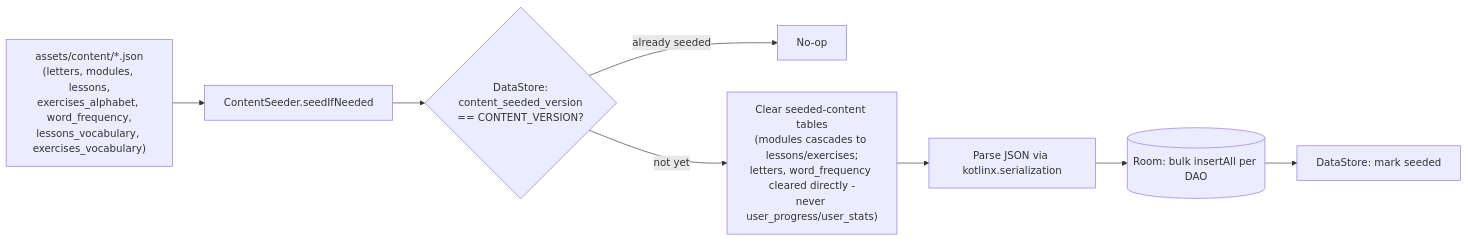
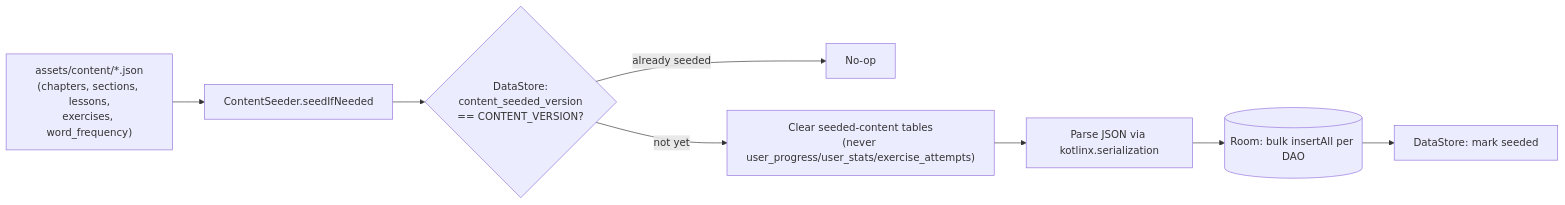
Before and after one commit to deanybytes/QuranicWords: the second of 2 diagrams in docs/DATA_MODEL.md, drawn with Mermaid. The commit also changed other lines of this file and 44 other files, not shown here.

````diff
--- a/docs/DATA_MODEL.md
+++ b/docs/DATA_MODEL.md
@@ -70,10 +78,10 @@
 ```mermaid
 flowchart LR
-    A["assets/content/*.json<br/>(letters, modules, lessons,<br/>exercises_alphabet, word_frequency,<br/>lessons_vocabulary, exercises_vocabulary)"] --> B[ContentSeeder.seedIfNeeded]
+    A["assets/content/*.json<br/>(chapters, sections, lessons,<br/>exercises, word_frequency)"] --> B[ContentSeeder.seedIfNeeded]
     B --> C{DataStore:<br/>content_seeded_version<br/>== CONTENT_VERSION?}
     C -->|already seeded| Z[No-op]
-    C -->|not yet| D0["Clear seeded-content tables<br/>(modules cascades to lessons/exercises;<br/>letters, word_frequency cleared directly -<br/>never user_progress/user_stats)"]
+    C -->|not yet| D0["Clear seeded-content tables<br/>(never user_progress/user_stats/exercise_attempts)"]
     D0 --> D[Parse JSON via kotlinx.serialization]
     D --> E[(Room: bulk insertAll per DAO)]
     E --> F[DataStore: mark seeded]
 ```
````
